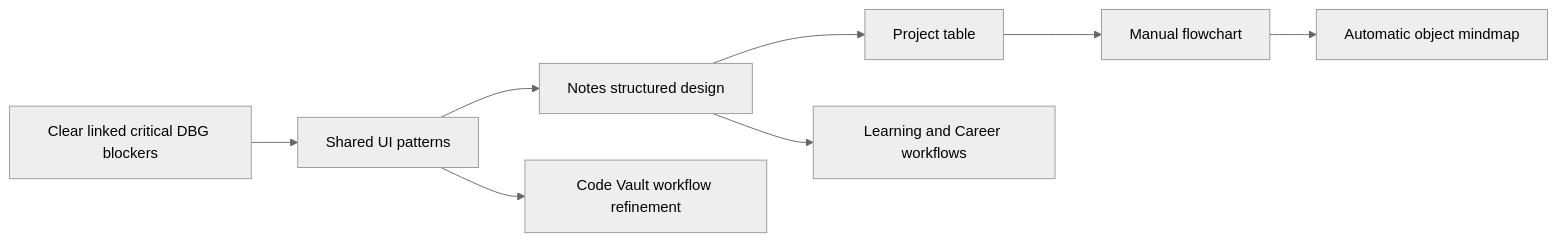
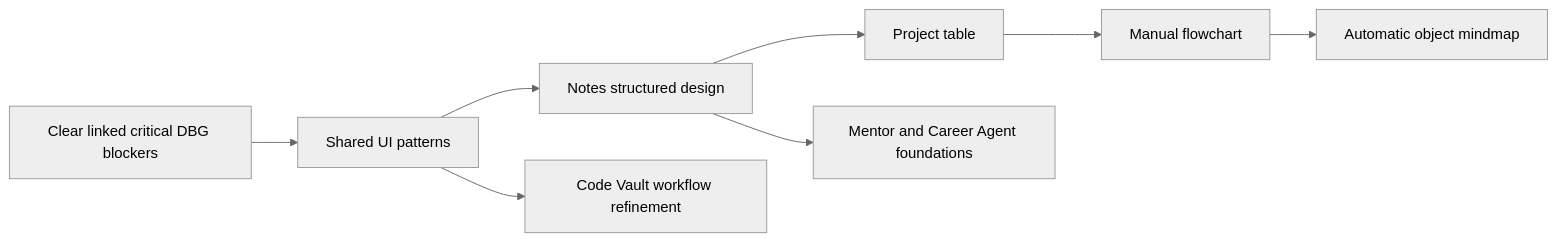
Before and after one commit to Akiirolabs/IOVault: the diagram in docs/roadmap.md, drawn with Mermaid (neutral theme). The commit also changed other lines of this file and 17 other files, not shown here.

````diff
--- a/docs/roadmap.md
+++ b/docs/roadmap.md
@@ -31,10 +31,10 @@
 ```mermaid
 flowchart LR
   A["Clear linked critical DBG blockers"] --> B["Shared UI patterns"]
   B --> C["Notes structured design"]
   C --> D["Project table"]
   D --> E["Manual flowchart"]
   E --> F["Automatic object mindmap"]
-  C --> G["Learning and Career workflows"]
+  C --> G["Mentor and Career Agent foundations"]
   B --> H["Code Vault workflow refinement"]
 ```
````
